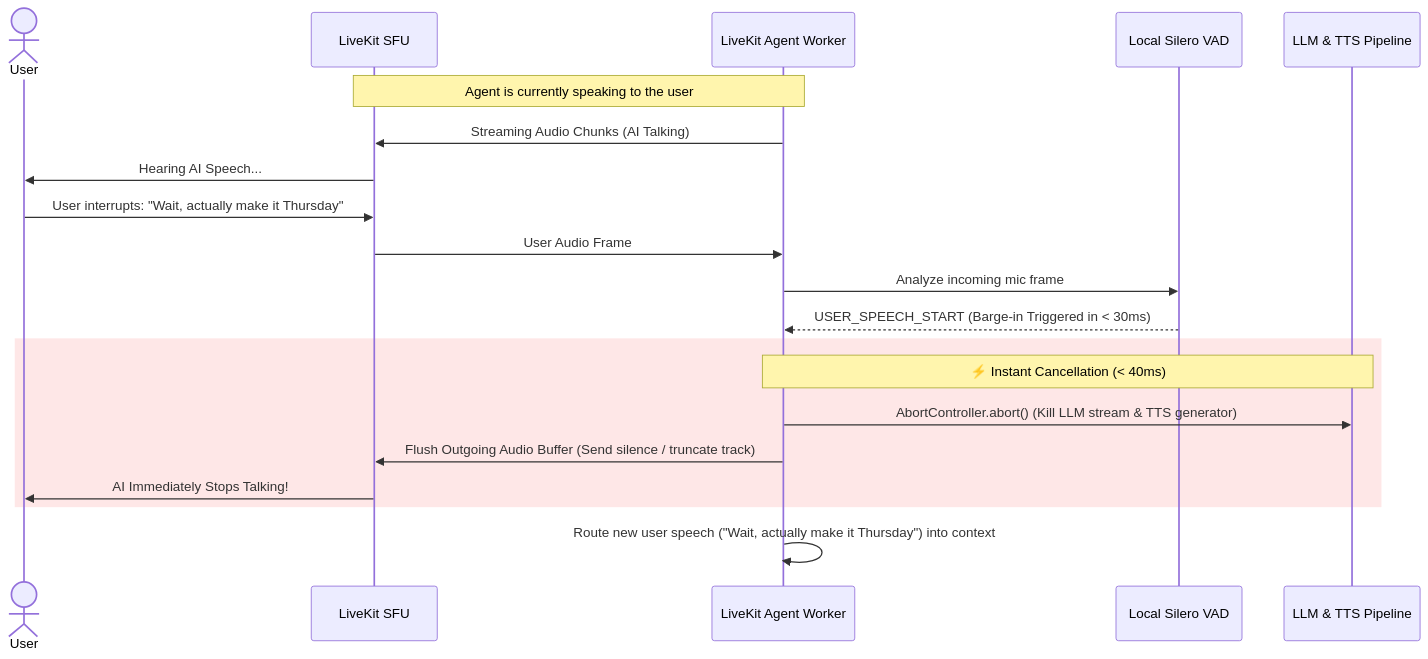
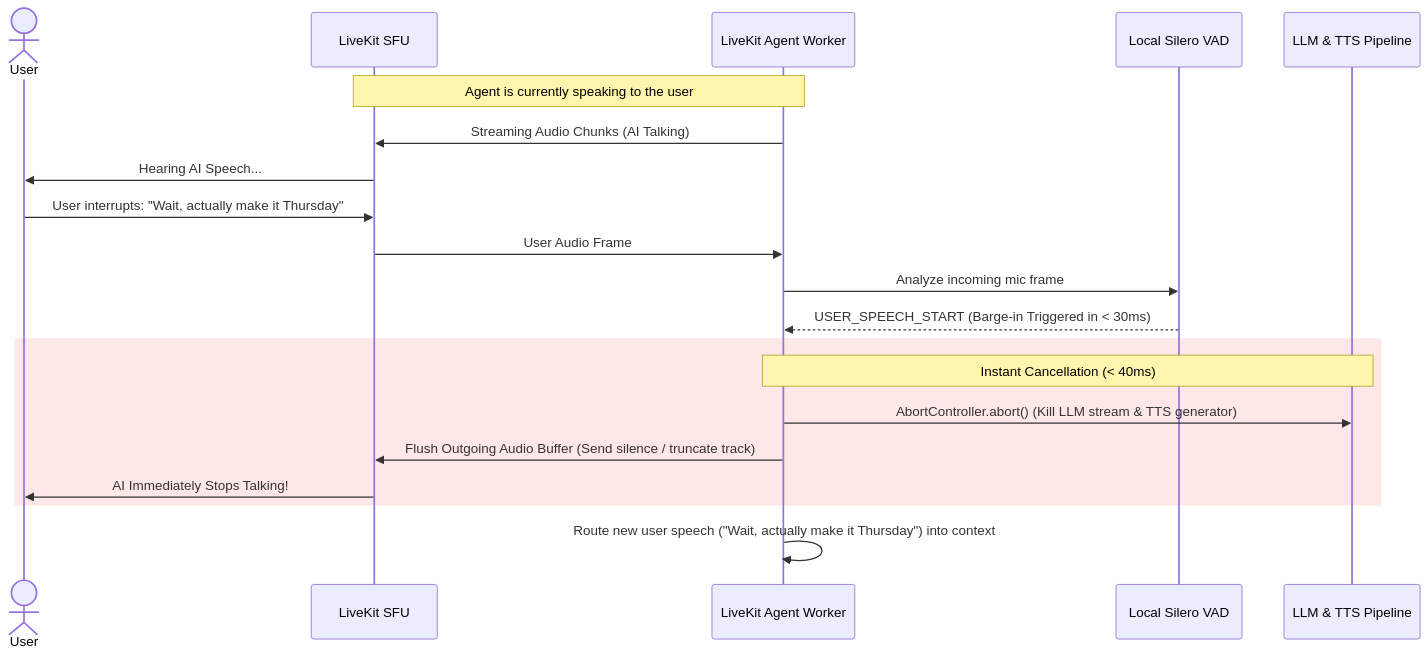
One commit to adityakalburgi89-web/piha-ai changed the third of 3 diagrams in DESIGN2.md. Above: the diagram before and after it, drawn with Mermaid. The commit also changed other lines of this file and 24 other files, not shown here.

````diff
--- a/DESIGN2.md
+++ b/DESIGN2.md
@@ -130,26 +130,26 @@
 ```mermaid
 sequenceDiagram
     actor User as User
     participant SFU as LiveKit SFU
     participant Worker as LiveKit Agent Worker
     participant VAD as Local Silero VAD
     participant LLM_TTS as LLM & TTS Pipeline
 
     Note over Worker,SFU: Agent is currently speaking to the user
     Worker->>SFU: Streaming Audio Chunks (AI Talking)
     SFU->>User: Hearing AI Speech...
     
     User->>SFU: User interrupts: "Wait, actually make it Thursday"
     SFU->>Worker: User Audio Frame
     Worker->>VAD: Analyze incoming mic frame
     VAD-->>Worker: USER_SPEECH_START (Barge-in Triggered in < 30ms)
     
     rect rgb(240, 20, 20, 0.1)
-        Note over Worker,LLM_TTS: ⚡ Instant Cancellation (< 40ms)
+        Note over Worker,LLM_TTS: Instant Cancellation (< 40ms)
         Worker->>LLM_TTS: AbortController.abort() (Kill LLM stream & TTS generator)
         Worker->>SFU: Flush Outgoing Audio Buffer (Send silence / truncate track)
         SFU->>User: AI Immediately Stops Talking!
     end
     
     Worker->>Worker: Route new user speech ("Wait, actually make it Thursday") into context
 ```
````
